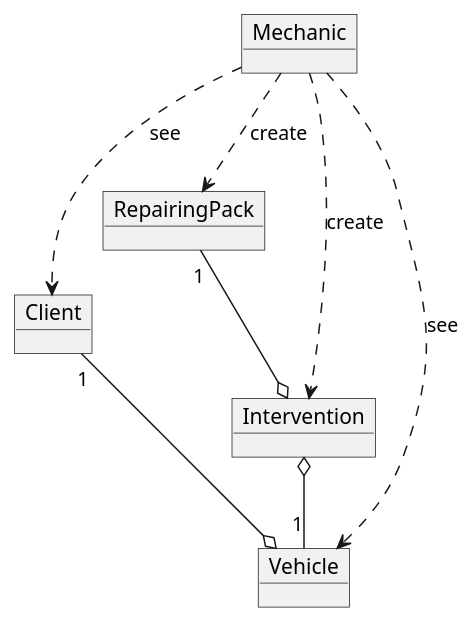
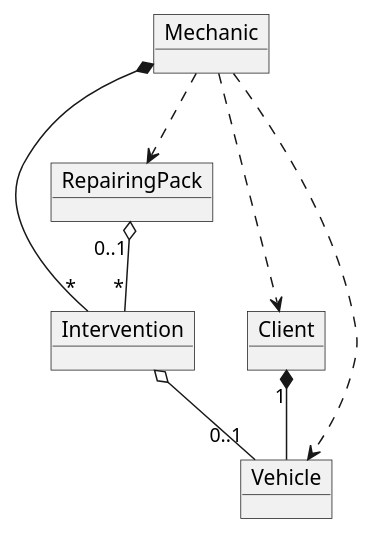
Before and after one commit to Ruskab/agrimManager: the diagram in documentation/0domainmodel/puml/domainModel.puml, drawn with PlantUML. The commit also changed 1 other file, not shown here.

Commit message:
#54 improve domain model diagram

```diff
--- a/documentation/0domainmodel/puml/domainModel.puml
+++ b/documentation/0domainmodel/puml/domainModel.puml
@@ -1,15 +1,15 @@
 @startuml
 object Mechanic
 object Intervention
 object Client
 object Vehicle
 object RepairingPack
 
-Mechanic ..> Intervention : create
-Mechanic ..> RepairingPack : create
-Mechanic ..> Vehicle : see
-Mechanic ..> Client : see
-Client "1" --o Vehicle
-RepairingPack "1" --o Intervention
-Intervention o-- "1" Vehicle
+Mechanic *-- "*" Intervention
+Mechanic ..> Vehicle
+Mechanic ..> RepairingPack
+Mechanic ..> Client
+Client "1" *-down- Vehicle
+RepairingPack "0..1" o-- "*" Intervention
+Intervention o-- "0..1" Vehicle
 @enduml
```
